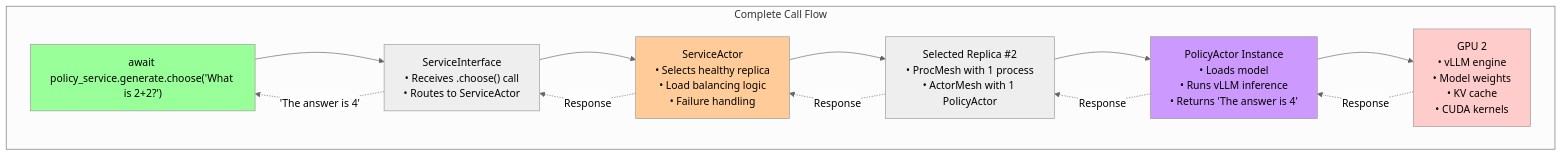
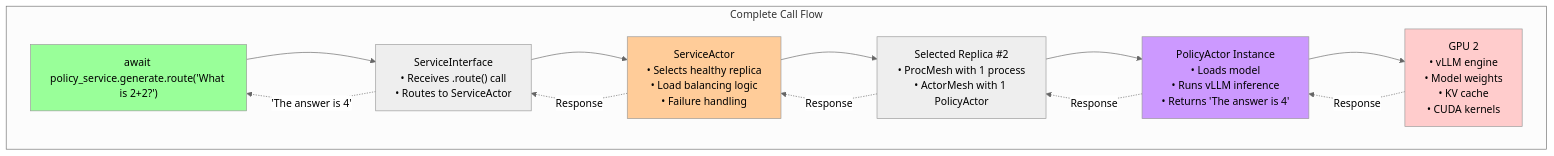
One commit to meta-pytorch/torchforge changed the seventh of 8 diagrams in docs/Tutorials/3_Monarch_101.MD. Above: the diagram before and after it, drawn with Mermaid (neutral theme). The commit also changed other lines of this file and 2 other files, not shown here.

````diff
--- a/docs/Tutorials/3_Monarch_101.MD
+++ b/docs/Tutorials/3_Monarch_101.MD
@@ -323,33 +323,33 @@
 ```mermaid
 graph TD
     subgraph CallFlow["Complete Call Flow"]
-        UserCall["await policy_service.generate.choose('What is 2+2?')"]
+        UserCall["await policy_service.generate.route('What is 2+2?')"]
 
-        ServiceInterface["ServiceInterface<br/>• Receives .choose() call<br/>• Routes to ServiceActor"]
+        ServiceInterface["ServiceInterface<br/>• Receives .route() call<br/>• Routes to ServiceActor"]
 
         ServiceActor["ServiceActor<br/>• Selects healthy replica<br/>• Load balancing logic<br/>• Failure handling"]
 
         SelectedReplica["Selected Replica #2<br/>• ProcMesh with 1 process<br/>• ActorMesh with 1 PolicyActor"]
 
         PolicyActor["PolicyActor Instance<br/>• Loads model<br/>• Runs vLLM inference<br/>• Returns 'The answer is 4'"]
 
         GPU["GPU 2<br/>• vLLM engine<br/>• Model weights<br/>• KV cache<br/>• CUDA kernels"]
 
         UserCall --> ServiceInterface
         ServiceInterface --> ServiceActor
         ServiceActor --> SelectedReplica
         SelectedReplica --> PolicyActor
         PolicyActor --> GPU
 
         GPU -.->|"Response"| PolicyActor
         PolicyActor -.->|"Response"| SelectedReplica
         SelectedReplica -.->|"Response"| ServiceActor
         ServiceActor -.->|"Response"| ServiceInterface
         ServiceInterface -.->|"'The answer is 4'"| UserCall
     end
 
     style UserCall fill:#99ff99
     style ServiceActor fill:#ffcc99
     style PolicyActor fill:#cc99ff
     style GPU fill:#ffcccc
 ```
````
